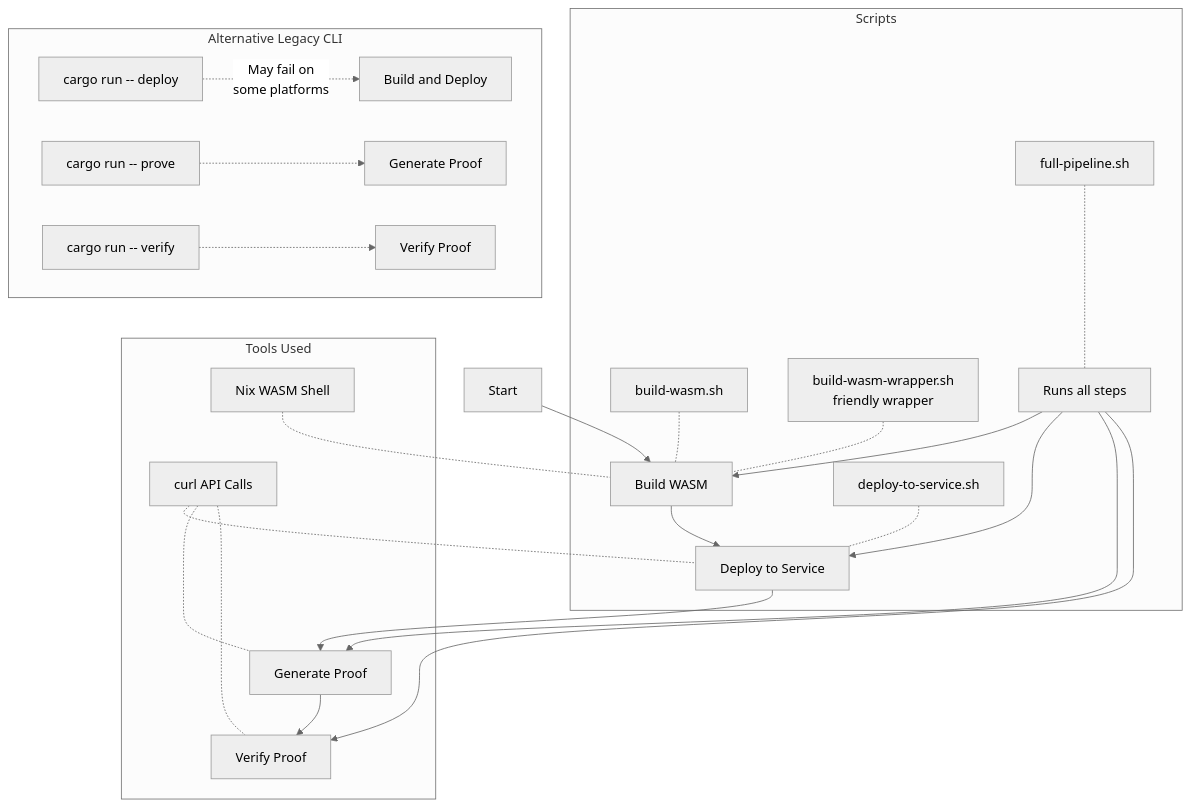
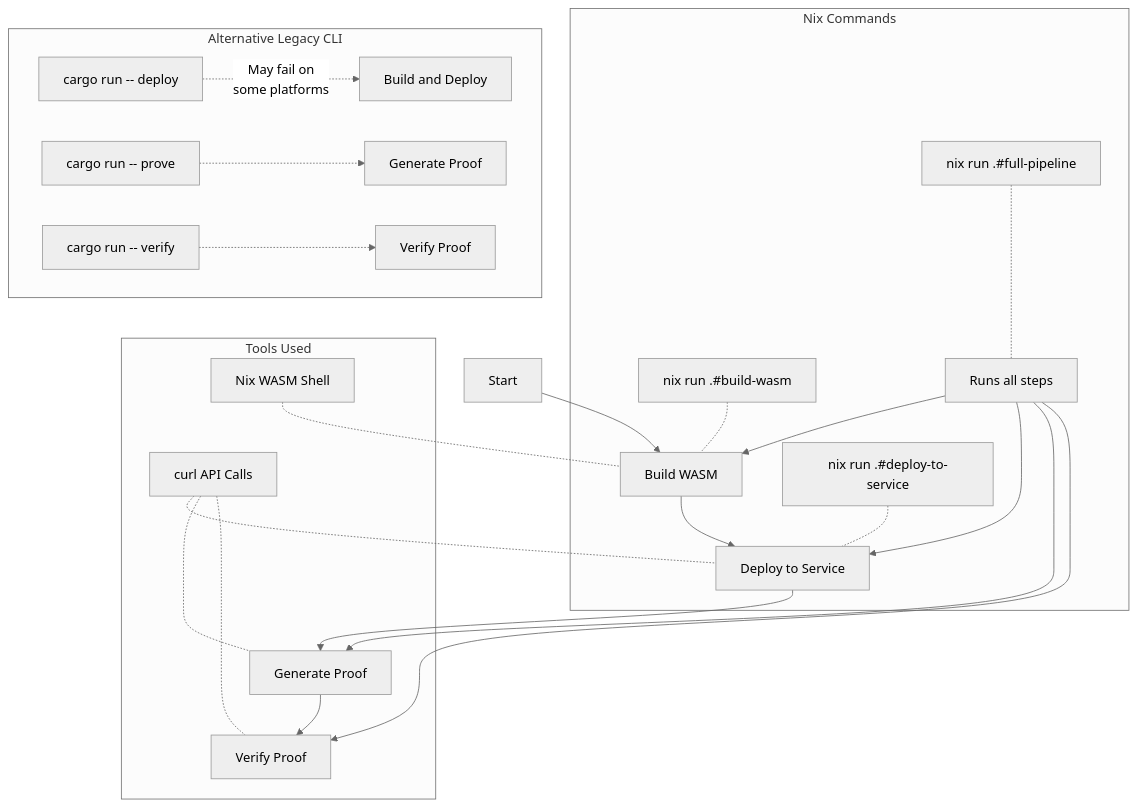
The diagram in README.md (timewave-computer/valence-coprocessor-app), drawn with Mermaid (neutral theme) before and after one commit. The commit also changed other lines of this file and 14 other files, not shown here.

````diff
--- a/README.md
+++ b/README.md
@@ -79,32 +72,31 @@
 ```mermaid
 graph TD
     A[Start] --> B[Build WASM]
     B --> C[Deploy to Service]
     C --> D[Generate Proof]
     D --> E[Verify Proof]
     
-    subgraph "Scripts"
-        F[build-wasm.sh] -.- B
-        G[build-wasm-wrapper.sh<br/>friendly wrapper] -.- B
-        H[deploy-to-service.sh] -.- C
-        I[full-pipeline.sh] -.- J[Runs all steps]
+    subgraph "Nix Commands"
+        F[nix run .#build-wasm] -.- B
+        H[nix run .#deploy-to-service] -.- C
+        I[nix run .#full-pipeline] -.- J[Runs all steps]
     end
     
     J --> B
     J --> C
     J --> D
     J --> E
     
     subgraph "Tools Used"
         K[Nix WASM Shell] -.- B
         L[curl API Calls] -.- C
         L -.- D
         L -.- E
     end
     
     subgraph "Alternative Legacy CLI"
         M[cargo run -- deploy] -.->|May fail on<br/>some platforms| N[Build and Deploy]
         O[cargo run -- prove] -.-> P[Generate Proof]
         Q[cargo run -- verify] -.-> R[Verify Proof]
     end
 ```
````
